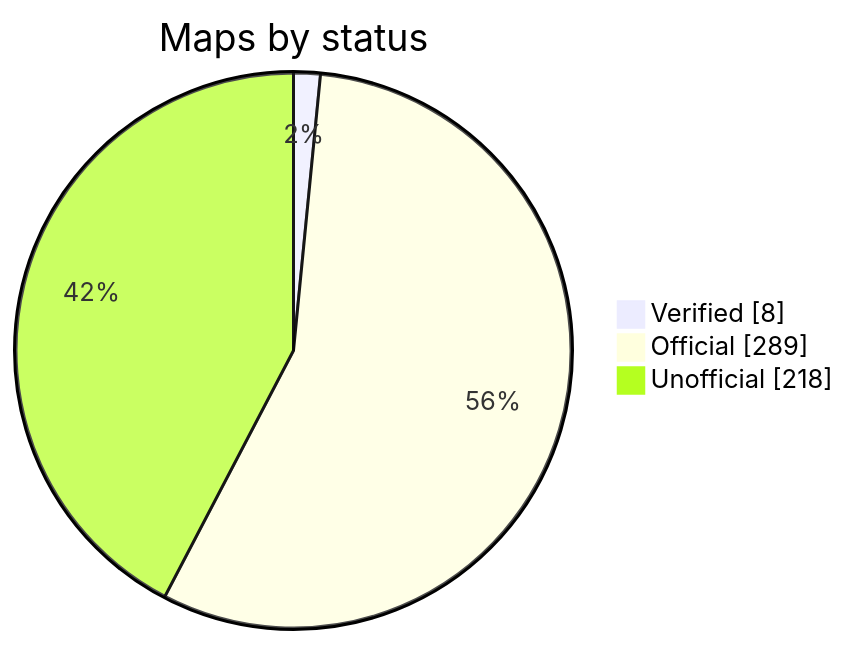
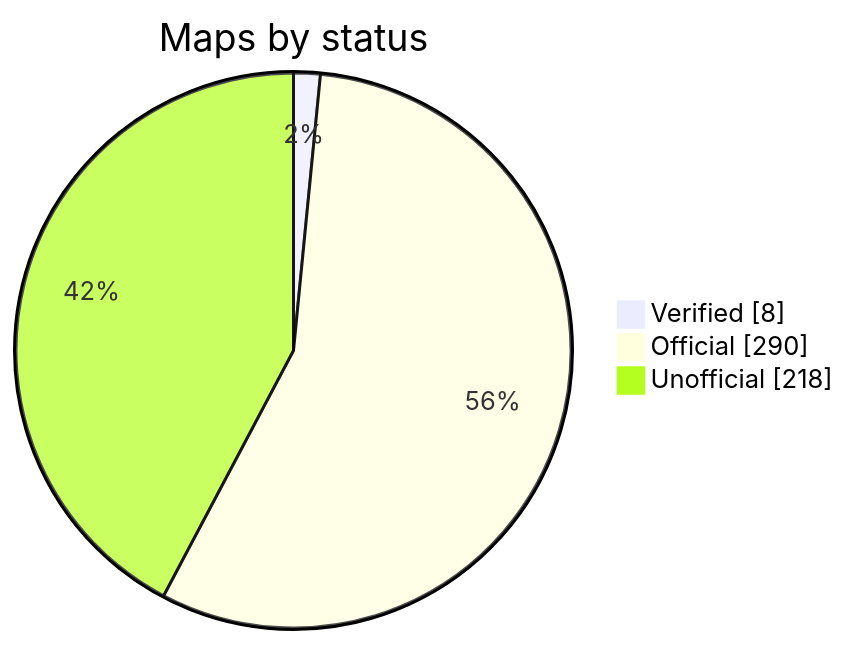
One commit to nobrega8/mbmap-library changed the diagram in README.md. Above: the diagram before and after it, drawn with Mermaid. The commit also changed 5 other files, not shown here.

````diff
--- a/README.md
+++ b/README.md
@@ -52,7 +52,7 @@
 ```mermaid
 pie showData
     title Maps by status
     "Verified" : 8
-    "Official" : 289
+    "Official" : 290
     "Unofficial" : 218
 ```
````
